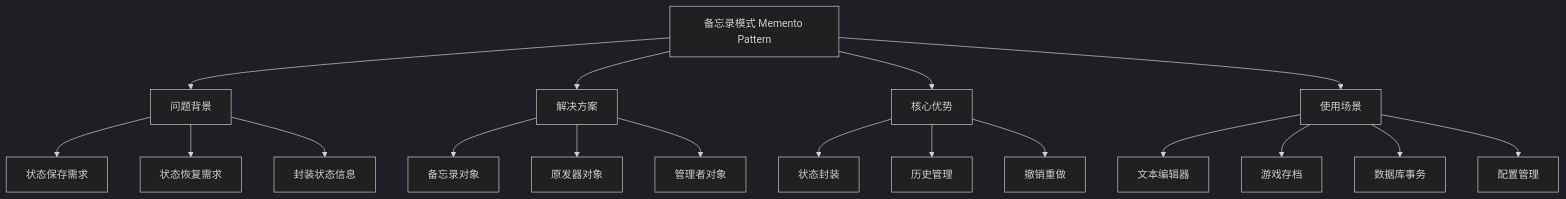
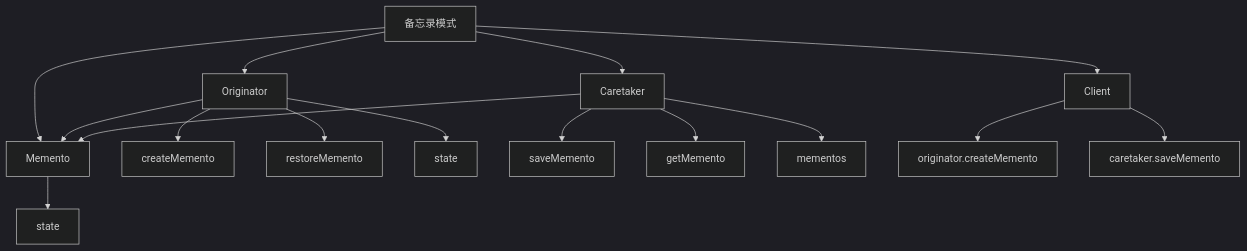
Before and after one commit to Anping2017/obsidian: the diagram in 计算机/编程基础/设计模式/05-行为型模式/07-备忘录模式.md, drawn with Mermaid (dark theme). The commit also changed other lines of this file and 622 other files, not shown here.

````diff
--- a/计算机/编程基础/设计模式/05-行为型模式/07-备忘录模式.md
+++ b/计算机/编程基础/设计模式/05-行为型模式/07-备忘录模式.md
@@ -8,24 +8,23 @@
 ```mermaid
 graph TD
-    A[备忘录模式 Memento Pattern] --> B[问题背景]
-    A --> C[解决方案]
-    A --> D[核心优势]
-    A --> E[使用场景]
+    A[备忘录模式] --> B[Originator]
+    A --> C[Memento]
+    A --> D[Caretaker]
+    A --> E[Client]
     
-    B --> B1[状态保存需求]
-    B --> B2[状态恢复需求]
-    B --> B3[封装状态信息]
+    B --> B1[createMemento]
+    B --> B2[restoreMemento]
+    B --> B3[state]
     
-    C --> C1[备忘录对象]
-    C --> C2[原发器对象]
-    C --> C3[管理者对象]
+    C --> C1[state]
     
-    D --> D1[状态封装]
-    D --> D2[历史管理]
-    D --> D3[撤销重做]
+    D --> D1[saveMemento]
+    D --> D2[getMemento]
+    D --> D3[mementos]
     
-    E --> E1[文本编辑器]
-    E --> E2[游戏存档]
-    E --> E3[数据库事务]
-    E --> E4[配置管理]
+    E --> E1[originator.createMemento]
+    E --> E2[caretaker.saveMemento]
+    
+    B --> C
+    D --> C
 ```
````
